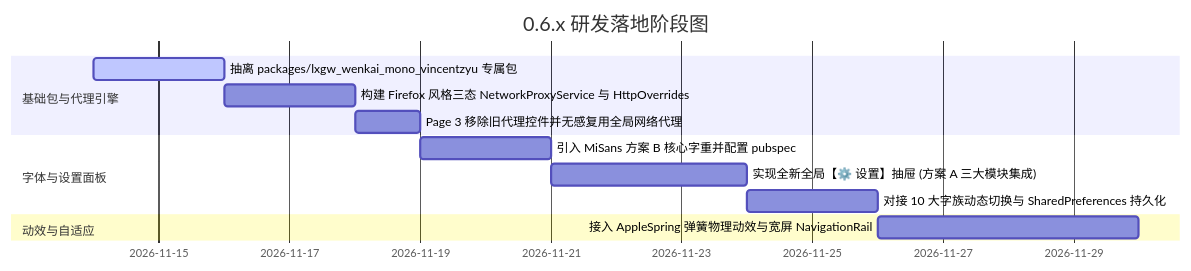
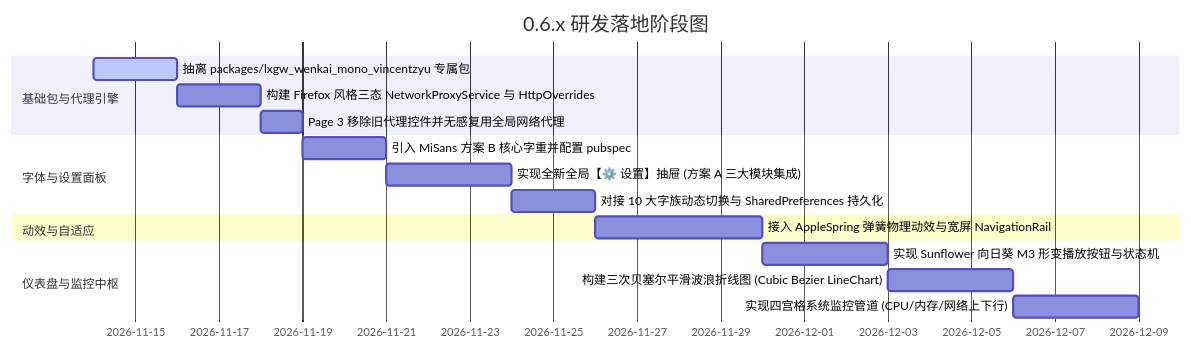
Before and after one commit to VincentZyuApps/dart-flutter-demo: the fourth of 4 diagrams in doc/dev/20261113.新版本0.6.x的字体和界面ui等等优化捏/20261113.新版本0.6.x的字体和界面ui等等优化捏.md, drawn with Mermaid. The commit also changed other lines of this file, not shown here.

First line of the commit message:
docs(dev): 纳入 FlClash 风格 Sunflower 动效与四宫格实时波浪折线图规划

````diff
--- a/doc/dev/20261113.新版本0.6.x的字体和界面ui等等优化捏/20261113.新版本0.6.x的字体和界面ui等等优化捏.md
+++ b/doc/dev/20261113.新版本0.6.x的字体和界面ui等等优化捏/20261113.新版本0.6.x的字体和界面ui等等优化捏.md
@@ -130,15 +185,19 @@
 ```mermaid
 gantt
     title 0.6.x 研发落地阶段图
     dateFormat  YYYY-MM-DD
     section 基础包与代理引擎
     抽离 packages/lxgw_wenkai_mono_vincentzyu 专属包 :active, 2026-11-14, 2d
     构建 Firefox 风格三态 NetworkProxyService 与 HttpOverrides :2026-11-16, 2d
     Page 3 移除旧代理控件并无感复用全局网络代理    :2026-11-18, 1d
     section 字体与设置面板
     引入 MiSans 方案 B 核心字重并配置 pubspec :2026-11-19, 2d
     实现全新全局【⚙️ 设置】抽屉 (方案 A 三大模块集成) :2026-11-21, 3d
     对接 10 大字族动态切换与 SharedPreferences 持久化 :2026-11-24, 2d
     section 动效与自适应
     接入 AppleSpring 弹簧物理动效与宽屏 NavigationRail :2026-11-26, 4d
+    section 仪表盘与监控中枢
+    实现 Sunflower 向日葵 M3 形变播放按钮与状态机 :2026-11-30, 3d
+    构建三次贝塞尔平滑波浪折线图 (Cubic Bezier LineChart) :2026-12-03, 3d
+    实现四宫格系统监控管道 (CPU/内存/网络上下行) :2026-12-06, 3d
 ```
````
